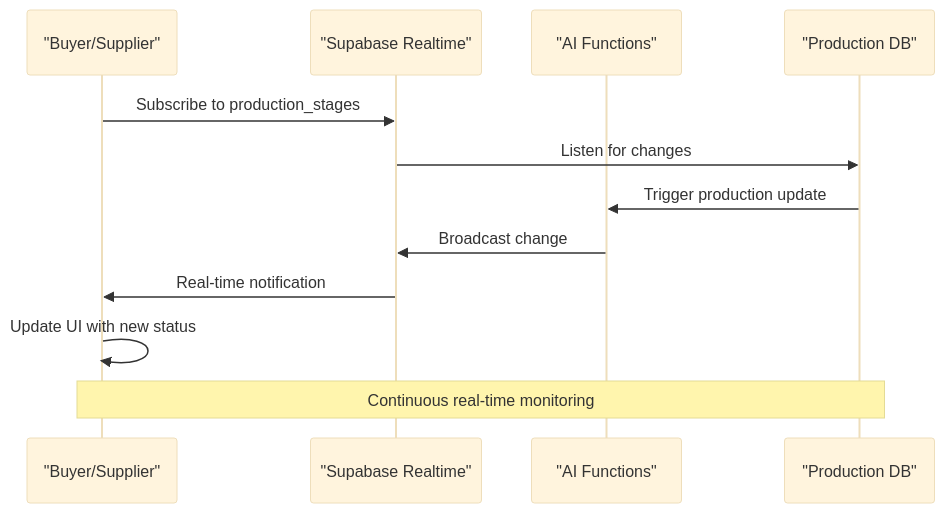
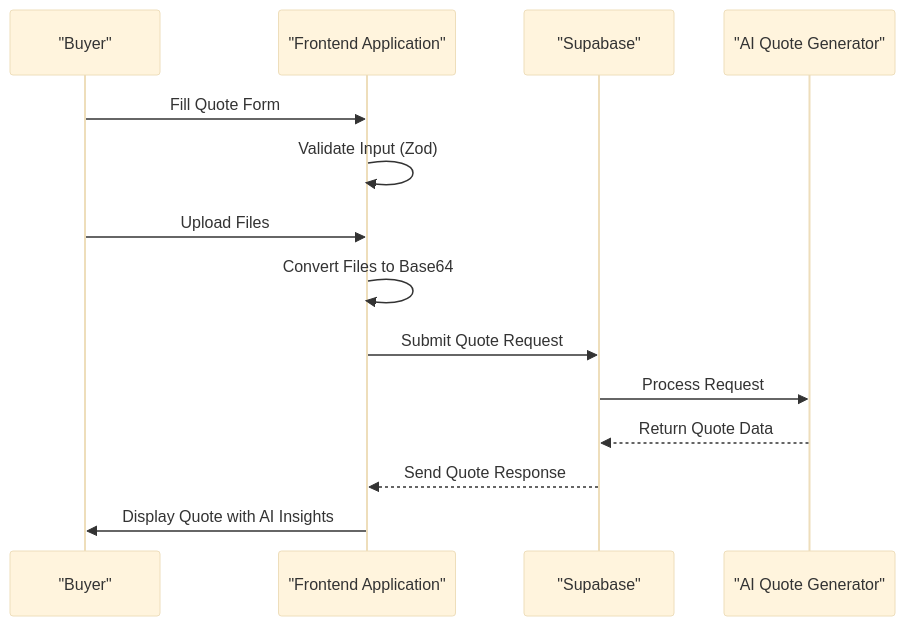
One commit to sleekapparels-admin/sleekapp-v100 changed the second of 5 diagrams in .qoder/repowiki/en/content/Core Features/Core Features.md. Above: the diagram before and after it, drawn with Mermaid (base theme). The commit also changed other lines of this file and 337 other files, not shown here.

First line of the commit message:
docs(api): remove deprecated API Integration and Realtime Data Synchronization docs

````diff
--- a/.qoder/repowiki/en/content/Core Features/Core Features.md
+++ b/.qoder/repowiki/en/content/Core Features/Core Features.md
@@ -83,14 +77,16 @@
 ```mermaid
 sequenceDiagram
-participant Client as "Buyer/Supplier"
-participant Supabase as "Supabase Realtime"
-participant Backend as "AI Functions"
-participant DB as "Production DB"
-Client->>Supabase : Subscribe to production_stages
-Supabase->>DB : Listen for changes
-DB->>Backend : Trigger production update
-Backend->>Supabase : Broadcast change
-Supabase->>Client : Real-time notification
-Client->>Client : Update UI with new status
-Note over Client,DB : Continuous real-time monitoring
+participant User as "Buyer"
+participant Frontend as "Frontend Application"
+participant Supabase as "Supabase"
+participant AI as "AI Quote Generator"
+User->>Frontend : Fill Quote Form
+Frontend->>Frontend : Validate Input (Zod)
+User->>Frontend : Upload Files
+Frontend->>Frontend : Convert Files to Base64
+Frontend->>Supabase : Submit Quote Request
+Supabase->>AI : Process Request
+AI-->>Supabase : Return Quote Data
+Supabase-->>Frontend : Send Quote Response
+Frontend->>User : Display Quote with AI Insights
 ```
````
